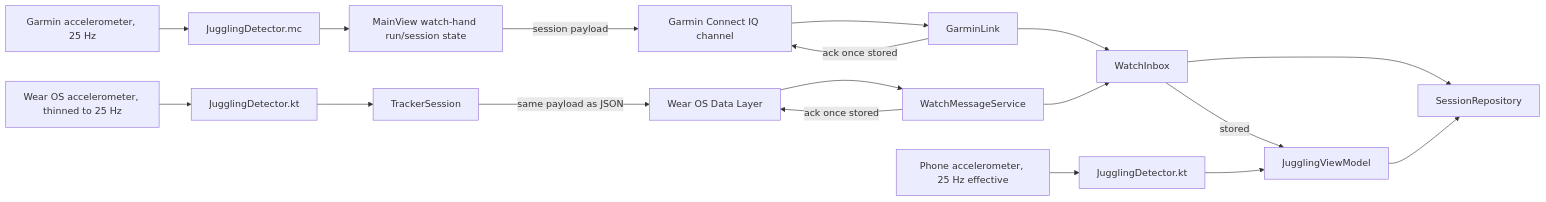
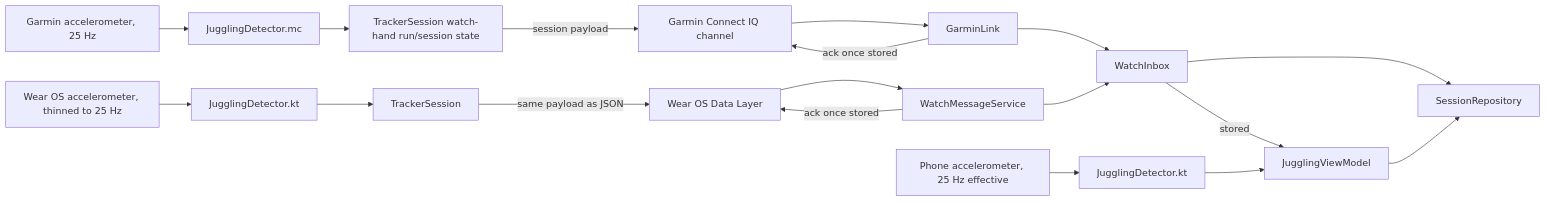
One commit to jumlauft/JugglingTracker changed the diagram in README.md. Above: the diagram before and after it, drawn with Mermaid. The commit also changed other lines of this file and 40 other files, not shown here.

````diff
--- a/README.md
+++ b/README.md
@@ -42,20 +42,20 @@
 ```mermaid
 flowchart LR
     A[Garmin accelerometer, 25 Hz] --> B[JugglingDetector.mc]
-    B --> C[MainView watch-hand run/session state]
+    B --> C[TrackerSession watch-hand run/session state]
     C -->|session payload| D[Garmin Connect IQ channel]
     D --> GL[GarminLink]
     GL --> E[WatchInbox]
     W[Wear OS accelerometer, thinned to 25 Hz] --> X[JugglingDetector.kt]
     X --> Y[TrackerSession]
     Y -->|same payload as JSON| Z[Wear OS Data Layer]
     Z --> WS[WatchMessageService]
     WS --> E
     E --> G[SessionRepository]
     E -->|stored| F[JugglingViewModel]
     P[Phone accelerometer, 25 Hz effective] --> Q[JugglingDetector.kt]
     Q --> F
     F --> G
     GL -->|ack once stored| D
     WS -->|ack once stored| Z
 ```
````
